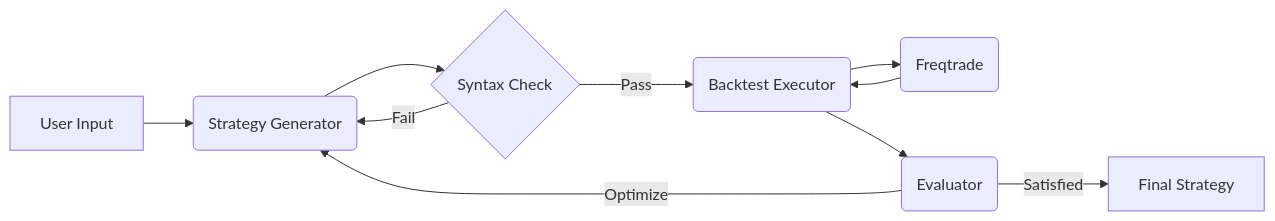
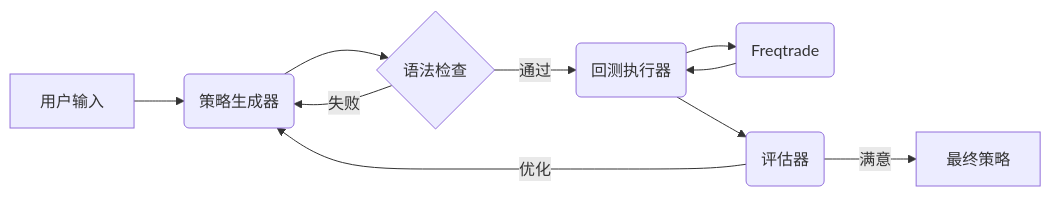
The diagram in README.md (duanwei99/StrategyAgent), drawn with Mermaid before and after one commit. The commit also changed other lines of this file and 28 other files, not shown here.

````diff
--- a/README.md
+++ b/README.md
@@ -27,12 +27,12 @@
 ```mermaid
 graph LR
-    A[User Input] --> B(Strategy Generator);
-    B --> C{Syntax Check};
-    C -- Fail --> B;
-    C -- Pass --> D(Backtest Executor);
+    A[用户输入] --> B(策略生成器);
+    B --> C{语法检查};
+    C -- 失败 --> B;
+    C -- 通过 --> D(回测执行器);
     D --> E(Freqtrade);
     E --> D;
-    D --> F(Evaluator);
-    F -- Satisfied --> G[Final Strategy];
-    F -- Optimize --> B;
+    D --> F(评估器);
+    F -- 满意 --> G[最终策略];
+    F -- 优化 --> B;
 ```
````
